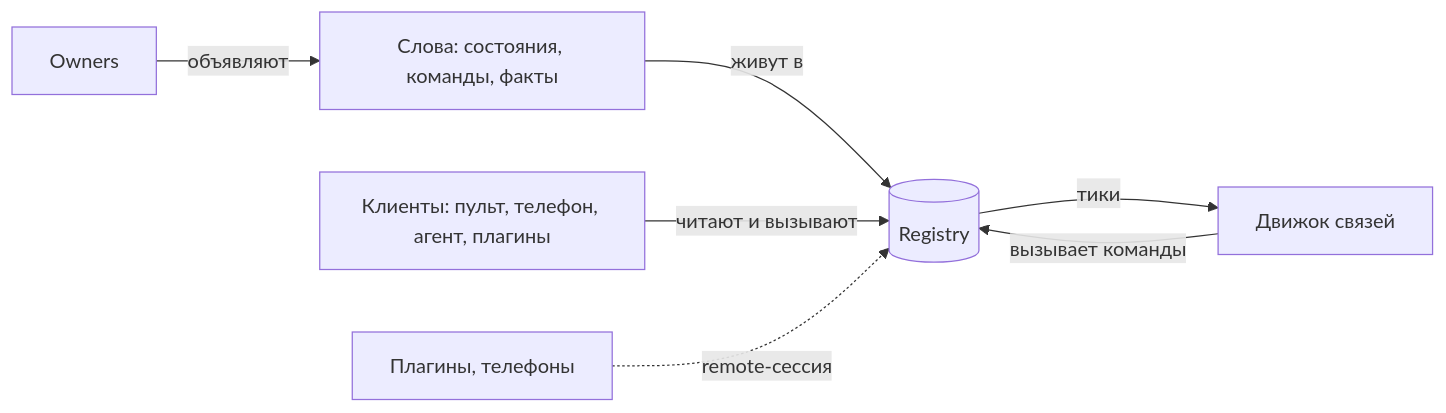
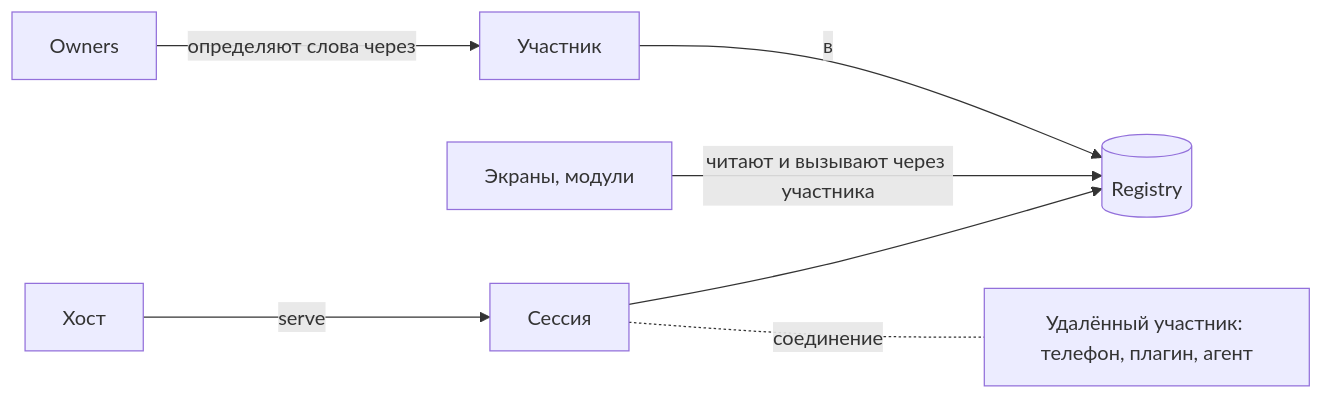
The diagram in docs/термины.md (nogipx/parlance), drawn with Mermaid before and after one commit. The commit also changed other lines of this file and 21 other files, not shown here.

````diff
--- a/docs/термины.md
+++ b/docs/термины.md
@@ -5,9 +7,9 @@
 ```mermaid
 flowchart LR
-  O[Owners] -- объявляют --> W[Слова: состояния, команды, факты]
-  W -- живут в --> R[(Registry)]
-  R -- тики --> L[Движок связей]
-  L -- вызывает команды --> R
-  C[Клиенты: пульт, телефон, агент, плагины] -- читают и вызывают --> R
-  P[Плагины, телефоны] -. remote-сессия .-> R
+  O[Owners] -- определяют слова через --> P[Участник]
+  P -- в --> R[(Registry)]
+  C[Экраны, модули] -- читают и вызывают через участника --> R
+  S[Хост] -- serve --> RS[Сессия]
+  RS -. соединение .- RP[Удалённый участник: телефон, плагин, агент]
+  RS --> R
 ```
````
